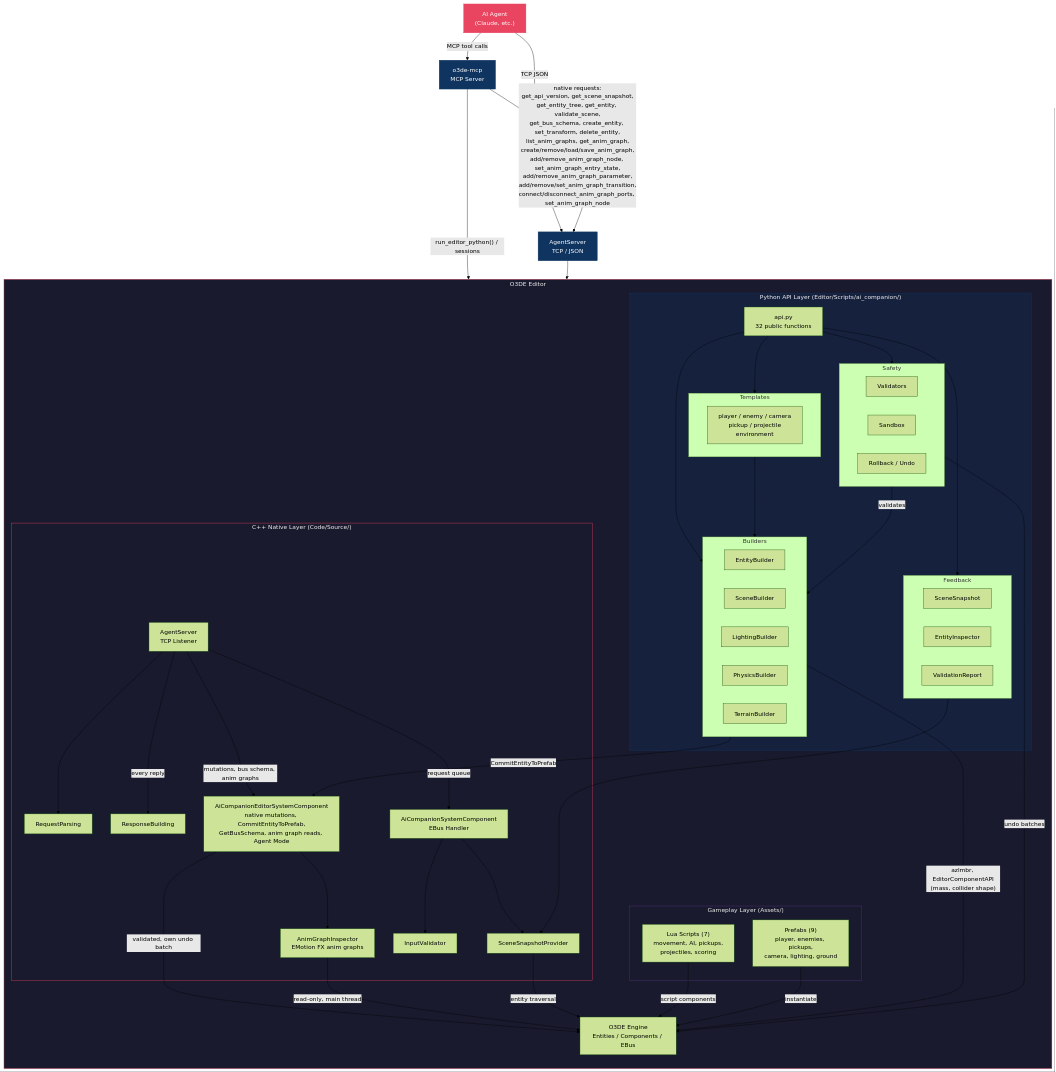
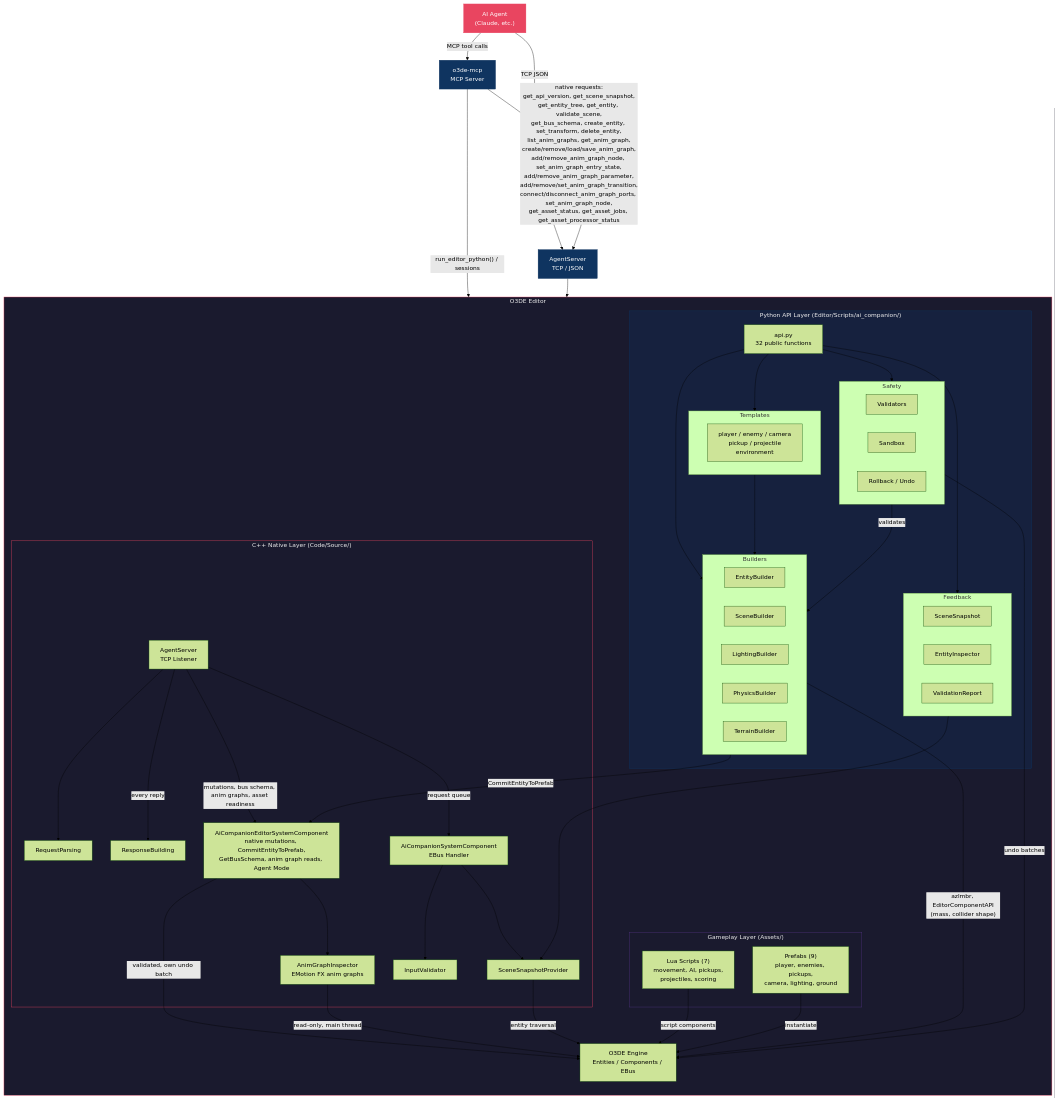
The diagram in Docs/architecture.md (nickschuetz/o3de-ai-companion-gem), drawn with Mermaid (forest theme) before and after one commit. The commit also changed other lines of this file and 19 other files, not shown here.

```diff
--- a/Docs/architecture.md
+++ b/Docs/architecture.md
@@ -72,12 +72,12 @@
     Agent -->|"MCP tool calls"| MCP
     Agent -->|"TCP JSON"| AgentSrv
     MCP -->|"run_editor_python() / sessions"| API
-    MCP -->|"native requests:<br/>get_api_version, get_scene_snapshot,<br/>get_entity_tree, get_entity, validate_scene,<br/>get_bus_schema, create_entity, set_transform, delete_entity,<br/>list_anim_graphs, get_anim_graph,<br/>create/remove/load/save_anim_graph,<br/>add/remove_anim_graph_node, set_anim_graph_entry_state,<br/>add/remove_anim_graph_parameter,<br/>add/remove/set_anim_graph_transition,<br/>connect/disconnect_anim_graph_ports, set_anim_graph_node"| AgentSrv
+    MCP -->|"native requests:<br/>get_api_version, get_scene_snapshot,<br/>get_entity_tree, get_entity, validate_scene,<br/>get_bus_schema, create_entity, set_transform, delete_entity,<br/>list_anim_graphs, get_anim_graph,<br/>create/remove/load/save_anim_graph,<br/>add/remove_anim_graph_node, set_anim_graph_entry_state,<br/>add/remove_anim_graph_parameter,<br/>add/remove/set_anim_graph_transition,<br/>connect/disconnect_anim_graph_ports, set_anim_graph_node,<br/>get_asset_status, get_asset_jobs, get_asset_processor_status"| AgentSrv
     AgentSrv --> AS
     AS --> RP
     AS -->|"every reply"| RSP
     AS -->|"request queue"| SysComp
-    AS -->|"mutations, bus schema, anim graphs"| EdComp
+    AS -->|"mutations, bus schema, anim graphs, asset readiness"| EdComp
     EdComp -->|"validated, own undo batch"| Engine
     EdComp --> AGI
     AGI -->|"read-only, main thread"| Engine
```
